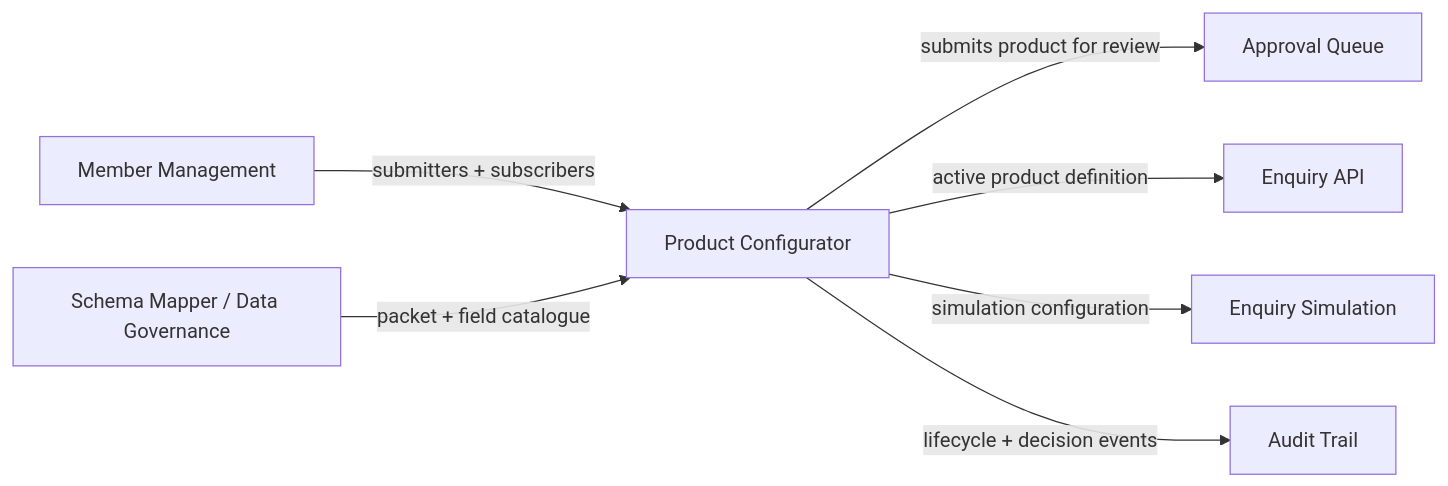
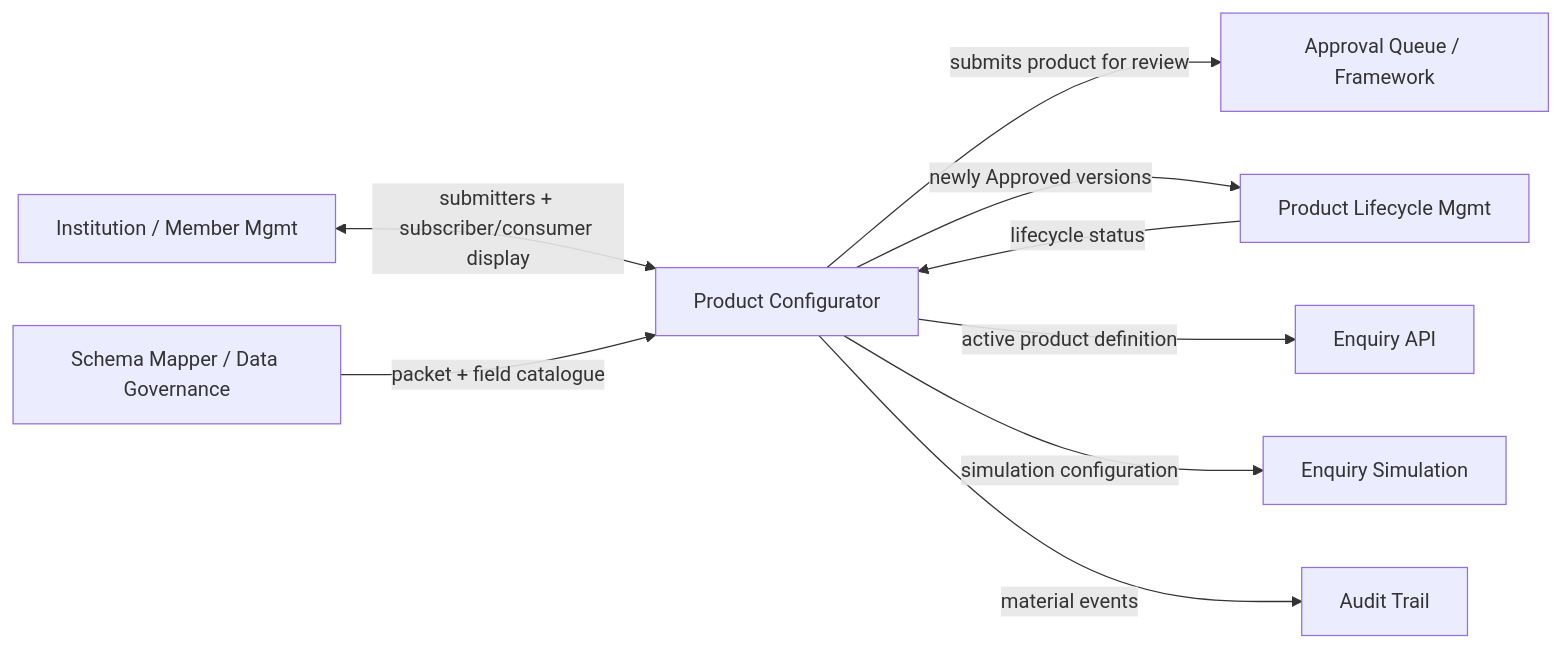
Before and after one commit to ashutoshbelulkar-coder/credit-harmony: the first of 2 diagrams in docs/BRD-Product-Configurator.md, drawn with Mermaid. The commit also changed other lines of this file, not shown here.

First line of the commit message:
docs(brd): rescope Product Configurator BRD to v1.3

````diff
--- a/docs/BRD-Product-Configurator.md
+++ b/docs/BRD-Product-Configurator.md
@@ -84,9 +94,11 @@
 ```mermaid
 flowchart LR
-  MM["Member Management"] -->|"submitters + subscribers"| PC["Product Configurator"]
+  MM["Institution / Member Mgmt"] <-->|"submitters + subscriber/consumer display"| PC["Product Configurator"]
   SM["Schema Mapper / Data Governance"] -->|"packet + field catalogue"| PC
-  PC -->|"submits product for review"| AQ["Approval Queue"]
+  PC -->|"submits product for review"| AQ["Approval Queue / Framework"]
+  PLM["Product Lifecycle Mgmt"] -->|"lifecycle status"| PC
+  PC -->|"newly Approved versions"| PLM
   PC -->|"active product definition"| EA["Enquiry API"]
   PC -->|"simulation configuration"| ES["Enquiry Simulation"]
-  PC -->|"lifecycle + decision events"| AL["Audit Trail"]
+  PC -->|"material events"| AL["Audit Trail"]
 ```
````
